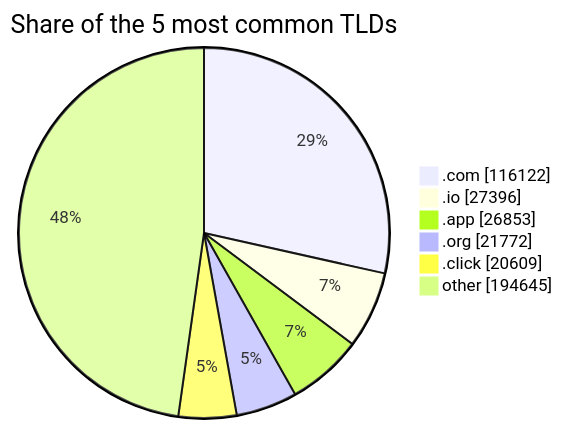
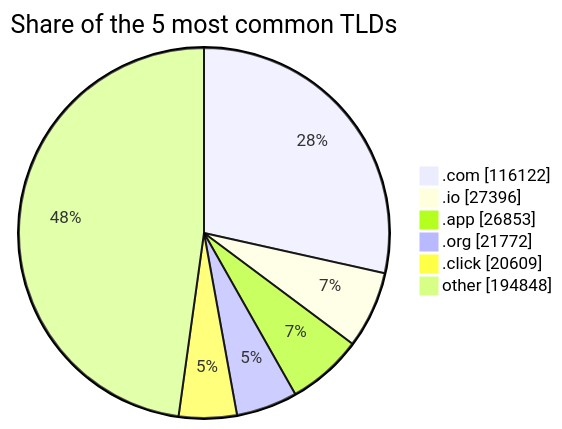
The third of 3 diagrams in README.md (DNSBunker/CTI), drawn with Mermaid before and after one commit. The commit also changed other lines of this file and 3 other files, not shown here.

````diff
--- a/README.md
+++ b/README.md
@@ -81,9 +81,9 @@
 ```mermaid
 pie showData title Share of the 5 most common TLDs
     ".com" : 116122
     ".io" : 27396
     ".app" : 26853
     ".org" : 21772
     ".click" : 20609
-    "other" : 194645
+    "other" : 194848
 ```
````
